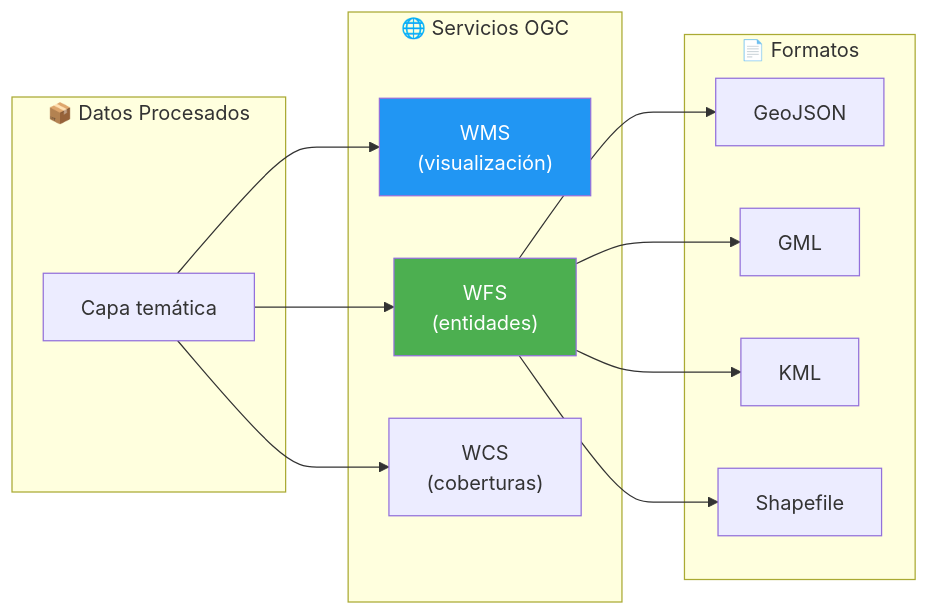
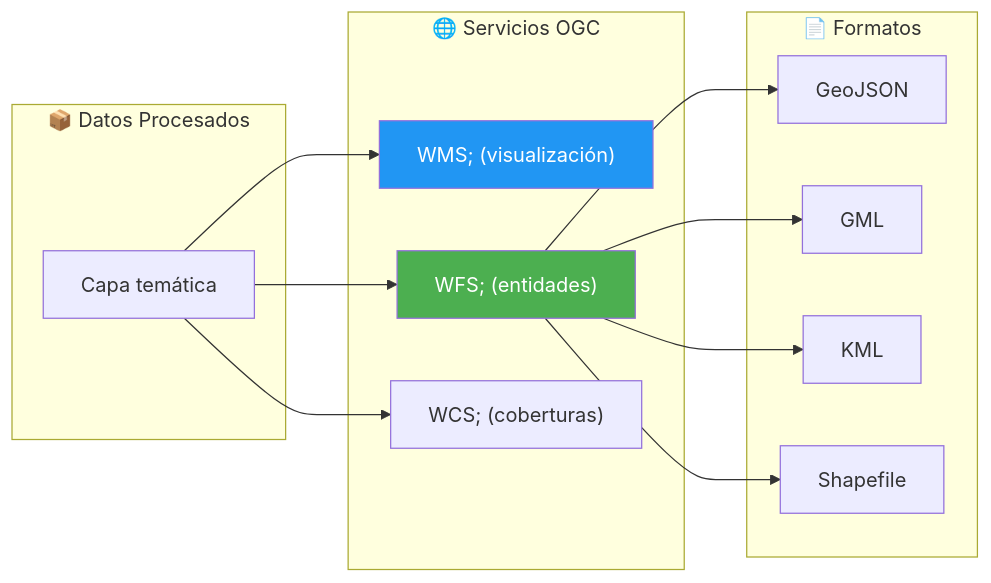
The third of 7 diagrams in drafts/gn/bpmn/bpmn-d10-geoespacial-ide.md (felix-antonio-sl/kora), drawn with Mermaid before and after one commit. The commit also changed other lines of this file and 265 other files, not shown here.

````diff
--- a/drafts/gn/bpmn/bpmn-d10-geoespacial-ide.md
+++ b/drafts/gn/bpmn/bpmn-d10-geoespacial-ide.md
@@ -155,21 +172,25 @@
 ```mermaid
 flowchart LR
-    subgraph CAPAS["📦 Datos Procesados"]
-        A["Capa temática"]
-    end
-    subgraph SERVICIOS["🌐 Servicios OGC"]
-        B["WMS<br/>(visualización)"]
-        C["WFS<br/>(entidades)"]
-        D["WCS<br/>(coberturas)"]
-    end
-    subgraph FORMATOS["📄 Formatos"]
-        E["GeoJSON"]
-        F["GML"]
-        G["KML"]
-        H["Shapefile"]
-    end
-    A --> B & C & D
-    C --> E & F & G & H
-    style B fill:#2196F3,color:#fff
-    style C fill:#4CAF50,color:#fff
+ subgraph CAPAS["📦 Datos Procesados"]
+ A["Capa temática"]
+ end
+
+ subgraph SERVICIOS["🌐 Servicios OGC"]
+ B["WMS; (visualización)"]
+ C["WFS; (entidades)"]
+ D["WCS; (coberturas)"]
+ end
+
+ subgraph FORMATOS["📄 Formatos"]
+ E["GeoJSON"]
+ F["GML"]
+ G["KML"]
+ H["Shapefile"]
+ end
+
+ A --> B & C & D
+ C --> E & F & G & H
+
+ style B fill:#2196F3,color:#fff
+ style C fill:#4CAF50,color:#fff
 ```
````
